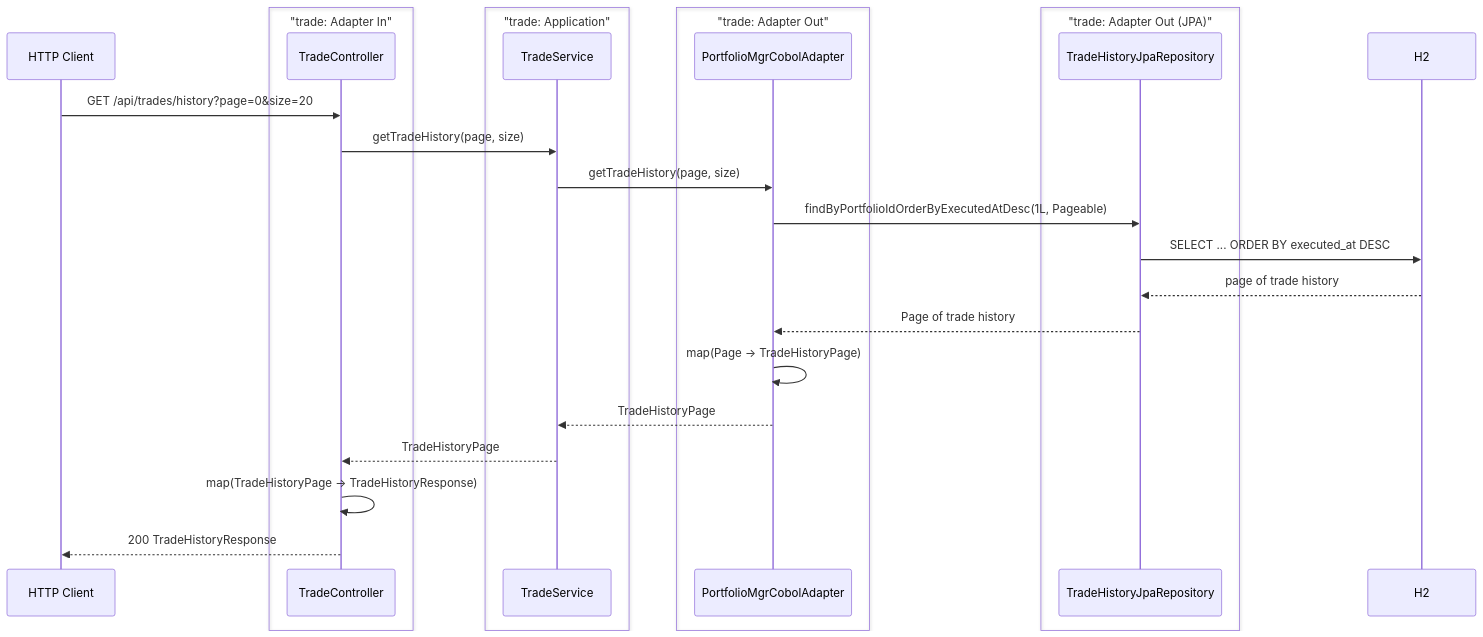
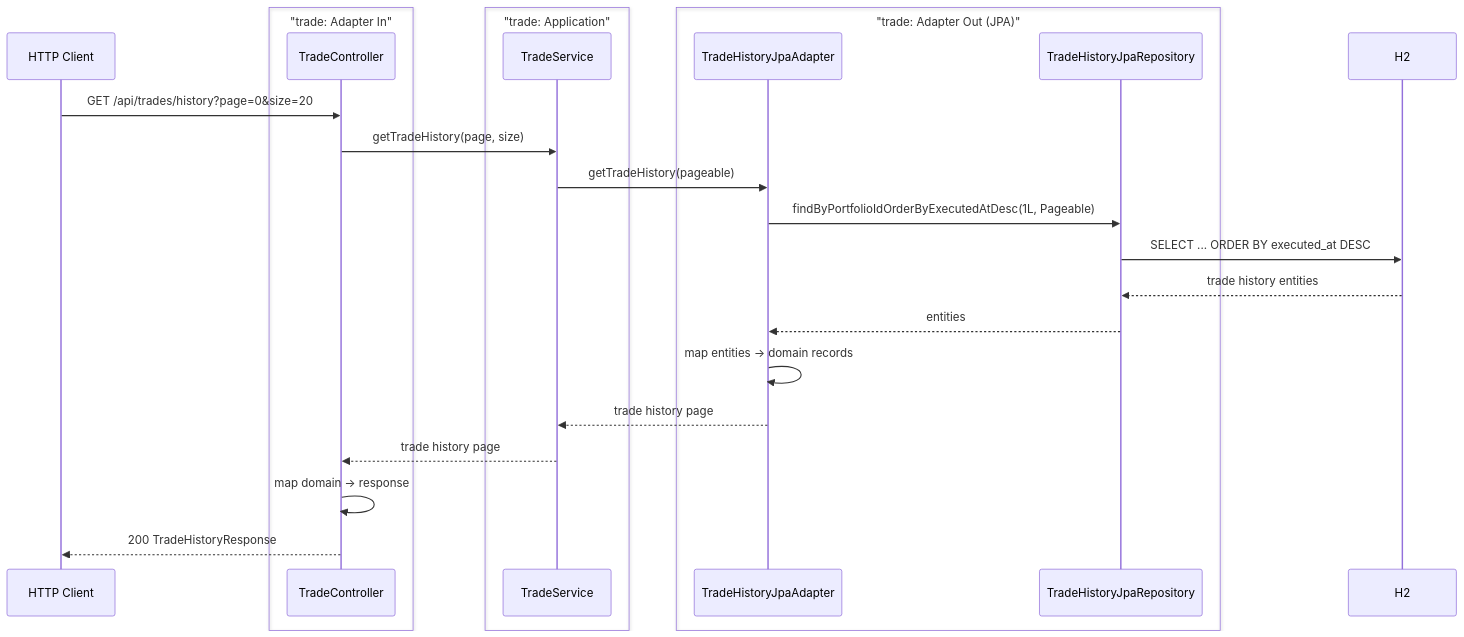
Diagram 11 of 11 in stonks_java/README.md (franBec/stonks-simulator), drawn with Mermaid before and after one commit. The commit also changed other lines of this file, not shown here.

First line of the commit message:
Update README module architecture diagram and end-to-end flow documentation

````diff
--- a/stonks_java/README.md
+++ b/stonks_java/README.md
@@ -496,30 +527,28 @@
 ```mermaid
 sequenceDiagram
     participant Client as HTTP Client
     box "trade: Adapter In"
     participant TC as TradeController
     end
     box "trade: Application"
     participant TS as TradeService
     end
-    box "trade: Adapter Out"
-    participant PA as PortfolioMgrCobolAdapter
-    end
     box "trade: Adapter Out (JPA)"
+    participant THJA as TradeHistoryJpaAdapter
     participant THR as TradeHistoryJpaRepository
     end
     participant DB as H2
 
     Client->>TC: GET /api/trades/history?page=0&size=20
     TC->>TS: getTradeHistory(page, size)
-    TS->>PA: getTradeHistory(page, size)
-    PA->>THR: findByPortfolioIdOrderByExecutedAtDesc(1L, Pageable)
+    TS->>THJA: getTradeHistory(pageable)
+    THJA->>THR: findByPortfolioIdOrderByExecutedAtDesc(1L, Pageable)
     THR->>DB: SELECT ... ORDER BY executed_at DESC
-    DB-->>THR: page of trade history
-    THR-->>PA: Page of trade history
-    PA->>PA: map(Page → TradeHistoryPage)
-    PA-->>TS: TradeHistoryPage
-    TS-->>TC: TradeHistoryPage
-    TC->>TC: map(TradeHistoryPage → TradeHistoryResponse)
+    DB-->>THR: trade history entities
+    THR-->>THJA: entities
+    THJA->>THJA: map entities → domain records
+    THJA-->>TS: trade history page
+    TS-->>TC: trade history page
+    TC->>TC: map domain → response
     TC-->>Client: 200 TradeHistoryResponse
 ```
````
